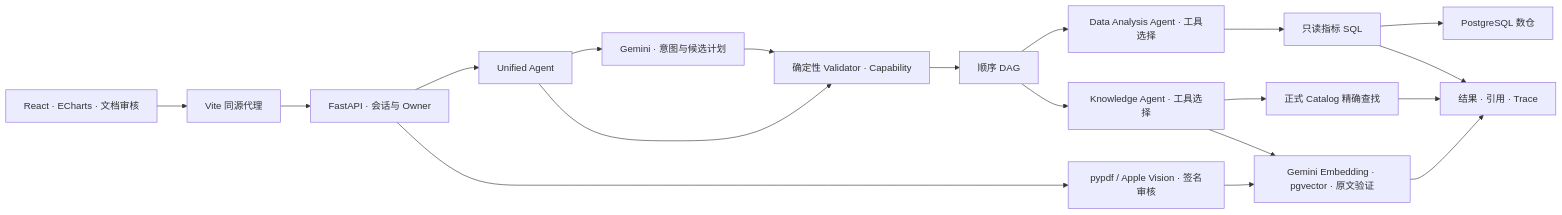
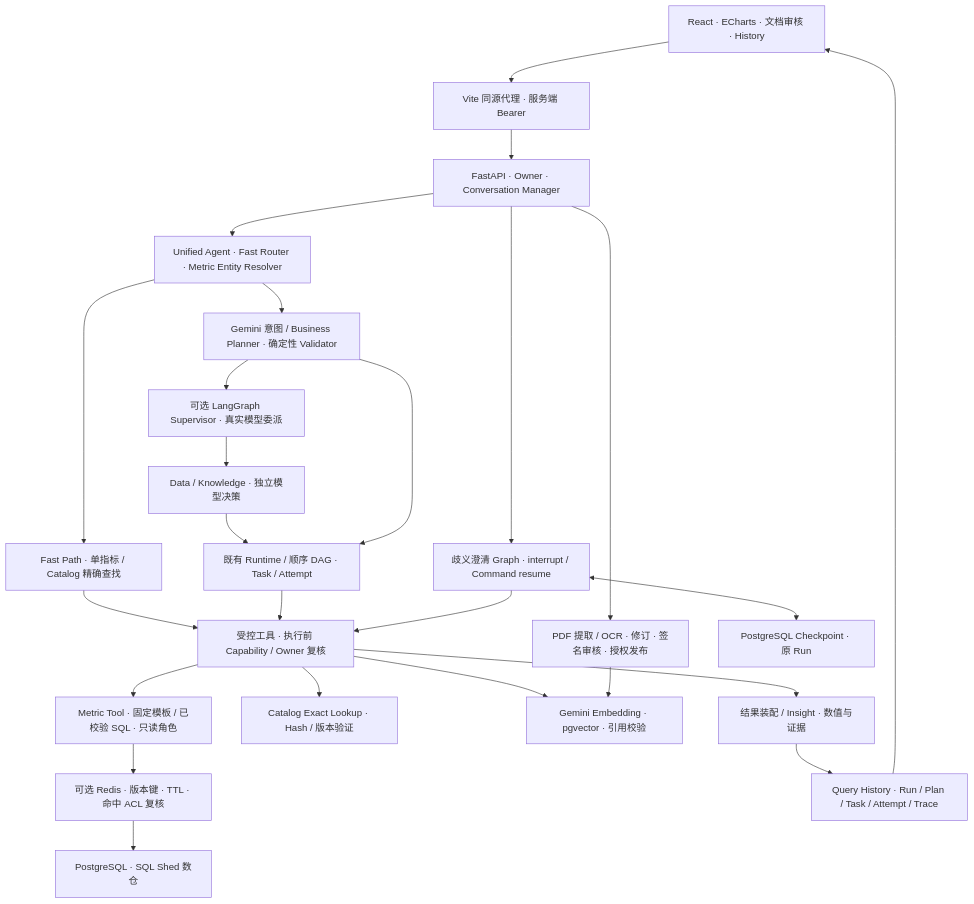
Before and after one commit to Boxer-M/dataquery-agent: the diagram in README.md, drawn with Mermaid. The commit also changed other lines of this file and 2 other files, not shown here.

Commit message:
docs: refresh architecture and portfolio demo release

````diff
--- a/README.md
+++ b/README.md
@@ -18,19 +19,27 @@
 ```mermaid
-flowchart LR
-    UI["React · ECharts · 文档审核"] --> Proxy["Vite 同源代理"] --> API["FastAPI · 会话与 Owner"]
-    API --> Agent["Unified Agent"]
-    Agent --> LLM["Gemini · 意图与候选计划"]
-    LLM --> Validator["确定性 Validator · Capability"]
-    Agent --> Validator
-    Validator --> DAG["顺序 DAG"]
-    DAG --> Data["Data Analysis Agent · 工具选择"]
-    DAG --> Knowledge["Knowledge Agent · 工具选择"]
-    Data --> SQL["只读指标 SQL"] --> PG["PostgreSQL 数仓"]
-    Knowledge --> Catalog["正式 Catalog 精确查找"]
-    Knowledge --> RAG["Gemini Embedding · pgvector · 原文验证"]
-    API --> PDF["pypdf / Apple Vision · 签名审核"]
+flowchart TB
+    UI["React · ECharts · 文档审核 · History"] --> Proxy["Vite 同源代理 · 服务端 Bearer"]
+    Proxy --> API["FastAPI · Owner · Conversation Manager"]
+    API --> Router["Unified Agent · Fast Router · Metric Entity Resolver"]
+    Router --> Fast["Fast Path · 单指标 / Catalog 精确查找"]
+    Router --> Plan["Gemini 意图 / Business Planner · 确定性 Validator"]
+    Plan --> Graph["可选 LangGraph Supervisor · 真实模型委派"]
+    Graph --> Roles["Data / Knowledge · 独立模型决策"]
+    Roles --> Runtime["既有 Runtime / 顺序 DAG · Task / Attempt"]
+    Plan --> Runtime
+    Fast --> Tools["受控工具 · 执行前 Capability / Owner 复核"]
+    Runtime --> Tools
+    Tools --> SQL["Metric Tool · 固定模板 / 已校验 SQL · 只读角色"]
+    SQL --> Cache["可选 Redis · 版本键 · TTL · 命中 ACL 复核"]
+    Cache --> PG["PostgreSQL · SQL Shed 数仓"]
+    Tools --> Catalog["Catalog Exact Lookup · Hash / 版本验证"]
+    Tools --> RAG["Gemini Embedding · pgvector · 引用校验"]
+    API --> PDF["PDF 提取 / OCR · 修订 · 签名审核 · 授权发布"]
     PDF --> RAG
-    SQL --> Result["结果 · 引用 · Trace"]
-    Catalog --> Result
-    RAG --> Result
+    API --> HITL["歧义澄清 Graph · interrupt / Command resume"]
+    HITL <--> Checkpoint["PostgreSQL Checkpoint · 原 Run"]
+    HITL --> Tools
+    Tools --> Result["结果装配 / Insight · 数值与证据"]
+    Result --> History["Query History · Run / Plan / Task / Attempt / Trace"]
+    History --> UI
 ```
````
